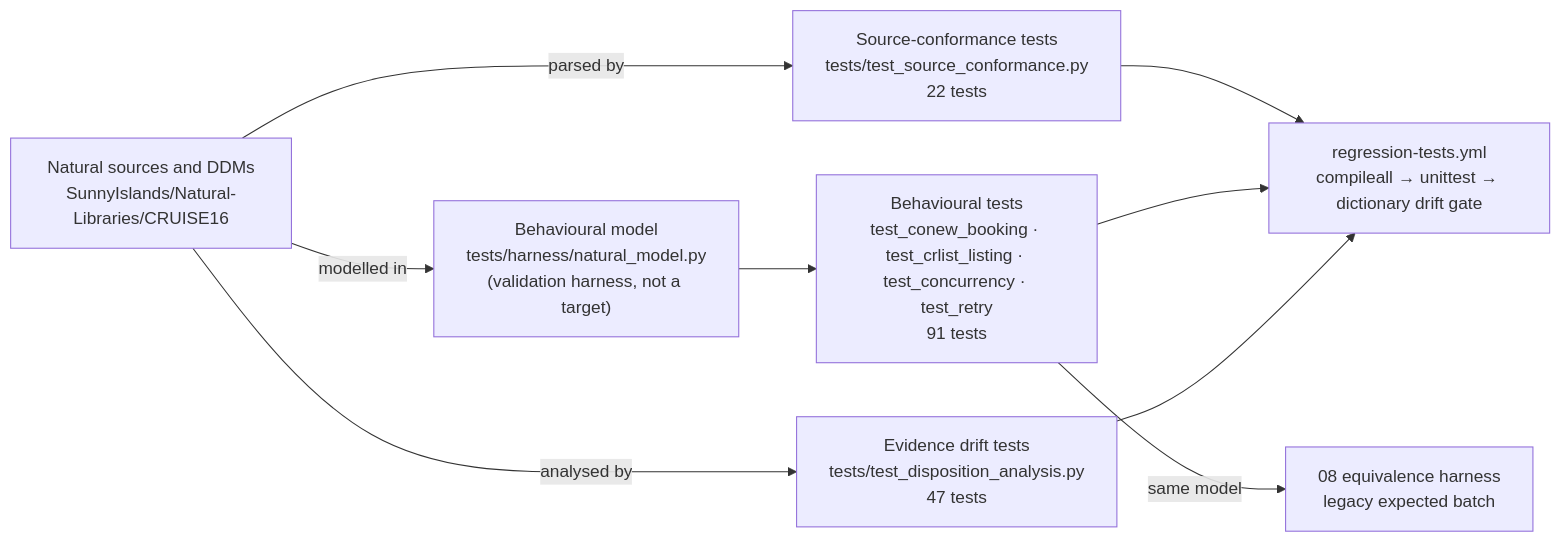
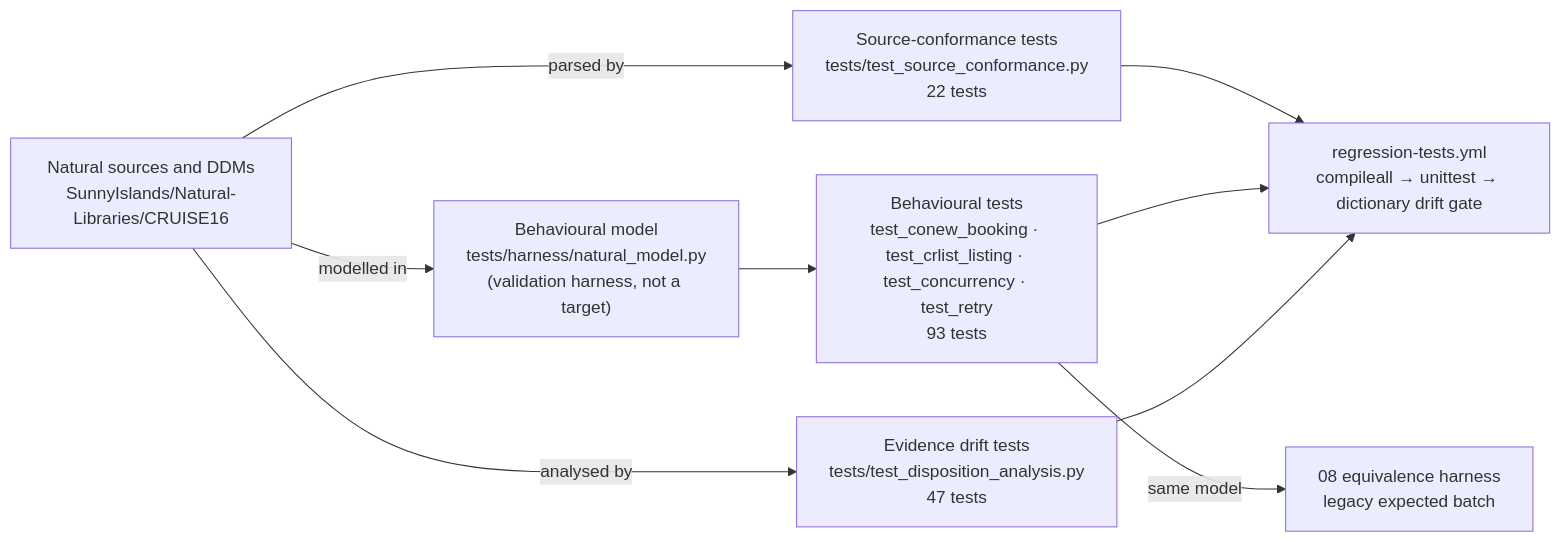
Before and after one commit to COG-GTM/ADABAS-natural-for-ajax-devops-sample-application: the diagram in fpps-hcm-modernization-deliverable/09-unit-test-regression-jcl-runcompare/test-generation-approach.md, drawn with Mermaid. The commit also changed other lines of this file and 7 other files, not shown here.

````diff
--- a/fpps-hcm-modernization-deliverable/09-unit-test-regression-jcl-runcompare/test-generation-approach.md
+++ b/fpps-hcm-modernization-deliverable/09-unit-test-regression-jcl-runcompare/test-generation-approach.md
@@ -35,9 +35,9 @@
 ```mermaid
 flowchart LR
     SRC["Natural sources and DDMs<br/>SunnyIslands/Natural-Libraries/CRUISE16"] -->|"parsed by"| CONF["Source-conformance tests<br/>tests/test_source_conformance.py<br/>22 tests"]
     SRC -->|"modelled in"| MODEL["Behavioural model<br/>tests/harness/natural_model.py<br/>(validation harness, not a target)"]
-    MODEL --> BEH["Behavioural tests<br/>test_conew_booking · test_crlist_listing · test_concurrency · test_retry<br/>91 tests"]
+    MODEL --> BEH["Behavioural tests<br/>test_conew_booking · test_crlist_listing · test_concurrency · test_retry<br/>93 tests"]
     SRC -->|"analysed by"| DISP["Evidence drift tests<br/>tests/test_disposition_analysis.py<br/>47 tests"]
     CONF & BEH & DISP --> CI["regression-tests.yml<br/>compileall → unittest → dictionary drift gate"]
     BEH -->|"same model"| EQ["08 equivalence harness<br/>legacy expected batch"]
 ```
````
